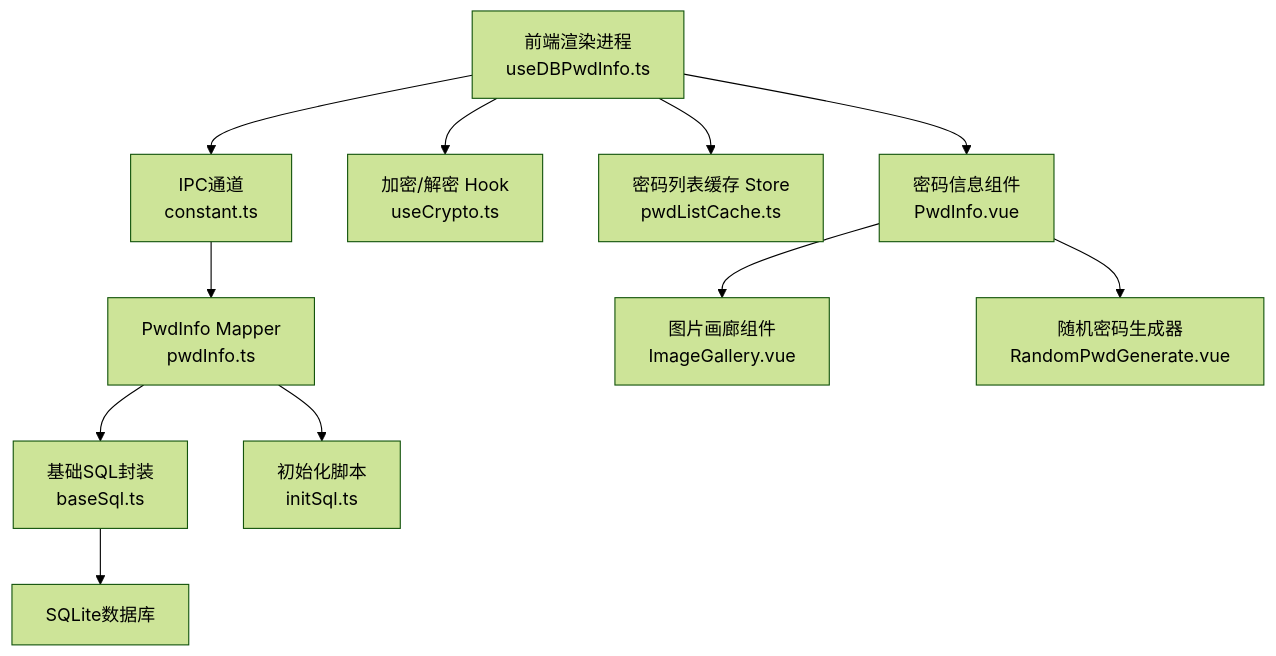
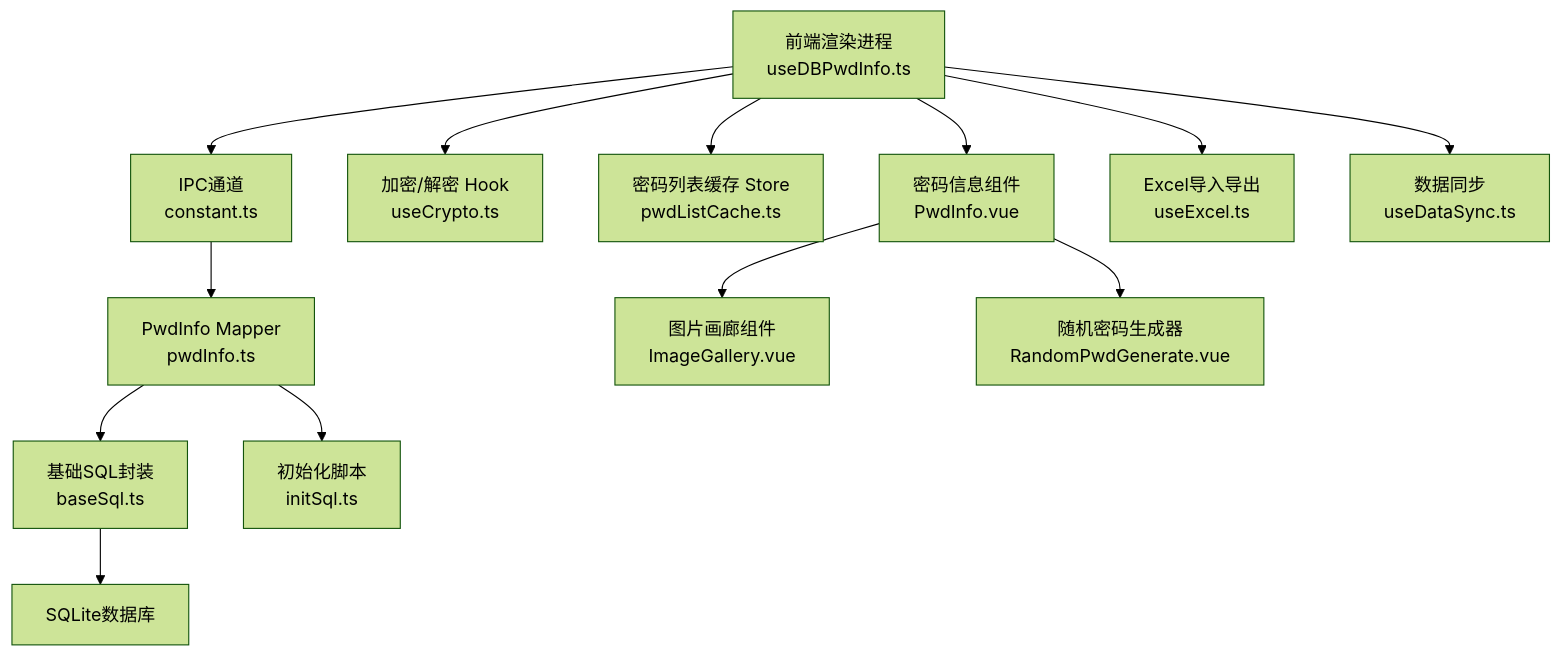
The first of 7 diagrams in .qoder/repowiki/zh/content/架构设计/数据库层架构/Mapper层设计/密码信息Mapper.md (scgithub3220216/password-manager), drawn with Mermaid (forest theme) before and after one commit. The commit also changed other lines of this file and 15 other files, not shown here.

First line of the commit message:
feat(sync): 增强数据同步以支持图像数据管理

````diff
--- a/.qoder/repowiki/zh/content/架构设计/数据库层架构/Mapper层设计/密码信息Mapper.md
+++ b/.qoder/repowiki/zh/content/架构设计/数据库层架构/Mapper层设计/密码信息Mapper.md
@@ -53,13 +58,15 @@
 ```mermaid
 graph TB
 FE["前端渲染进程<br/>useDBPwdInfo.ts"] --> IPC["IPC通道<br/>constant.ts"]
 IPC --> M["PwdInfo Mapper<br/>pwdInfo.ts"]
 M --> BS["基础SQL封装<br/>baseSql.ts"]
 BS --> DB["SQLite数据库"]
 M --> INIT["初始化脚本<br/>initSql.ts"]
 FE --> CRYPTO["加密/解密 Hook<br/>useCrypto.ts"]
 FE --> CACHE["密码列表缓存 Store<br/>pwdListCache.ts"]
 FE --> UI["密码信息组件<br/>PwdInfo.vue"]
 UI --> IMG["图片画廊组件<br/>ImageGallery.vue"]
 UI --> RAND["随机密码生成器<br/>RandomPwdGenerate.vue"]
+FE --> EXCEL["Excel导入导出<br/>useExcel.ts"]
+FE --> SYNC["数据同步<br/>useDataSync.ts"]
 ```
````
